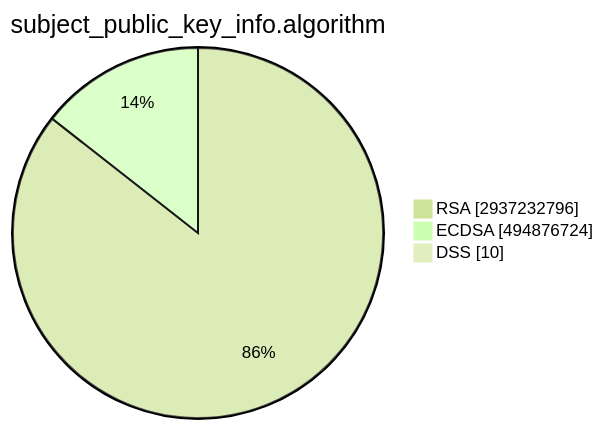
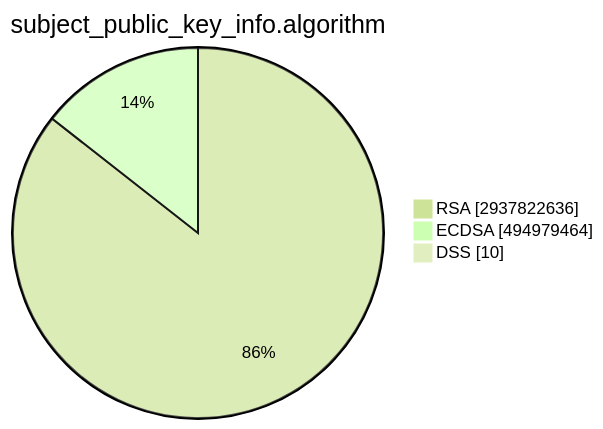
Before and after one commit to christiankrug/ctmonitor_visualization: the second of 15 diagrams in TOTAL/README.md, drawn with Mermaid (forest theme). The commit also changed other lines of this file, not shown here.

````diff
--- a/TOTAL/README.md
+++ b/TOTAL/README.md
@@ -6,7 +6,7 @@
 ```mermaid
 pie showData
 title subject_public_key_info.algorithm
-"RSA" :2937232796
-"ECDSA" :494876724
+"RSA" :2937822636
+"ECDSA" :494979464
 "DSS" :10
 ```
````
